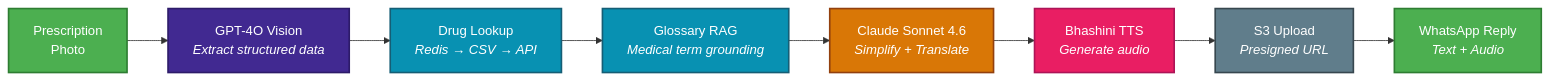
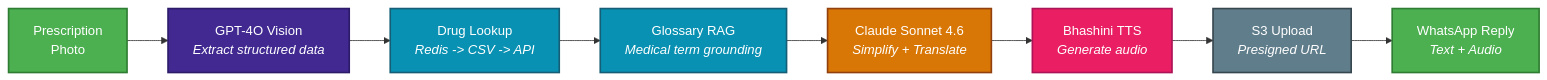
Before and after one commit to nishantgaurav23/SehatSamjho: the second of 3 diagrams in README.md, drawn with Mermaid. The commit also changed other lines of this file, not shown here.

First line of the commit message:
docs: rewrite README with complete flow walkthrough, setup guides, and deployment steps

````diff
--- a/README.md
+++ b/README.md
@@ -137,21 +159,21 @@
 ```mermaid
 flowchart LR
     A["Prescription<br/>Photo"]:::input
     B["GPT-4O Vision<br/><i>Extract structured data</i>"]:::openai
-    C["Drug Lookup<br/><i>Redis → CSV → API</i>"]:::data
+    C["Drug Lookup<br/><i>Redis -> CSV -> API</i>"]:::data
     D["Glossary RAG<br/><i>Medical term grounding</i>"]:::data
     E["Claude Sonnet 4.6<br/><i>Simplify + Translate</i>"]:::anthropic
     F["Bhashini TTS<br/><i>Generate audio</i>"]:::tts
     G["S3 Upload<br/><i>Presigned URL</i>"]:::storage
     H["WhatsApp Reply<br/><i>Text + Audio</i>"]:::output
 
     A --> B --> C --> D --> E --> F --> G --> H
 
     classDef input fill:#4CAF50,stroke:#2E7D32,stroke-width:2px,color:#fff
     classDef openai fill:#412991,stroke:#2D1B69,stroke-width:2px,color:#fff
     classDef anthropic fill:#D97706,stroke:#92400E,stroke-width:2px,color:#fff
     classDef data fill:#0891B2,stroke:#155E75,stroke-width:2px,color:#fff
     classDef tts fill:#E91E63,stroke:#AD1457,stroke-width:2px,color:#fff
     classDef storage fill:#607D8B,stroke:#37474F,stroke-width:2px,color:#fff
     classDef output fill:#4CAF50,stroke:#2E7D32,stroke-width:2px,color:#fff
 ```
````
